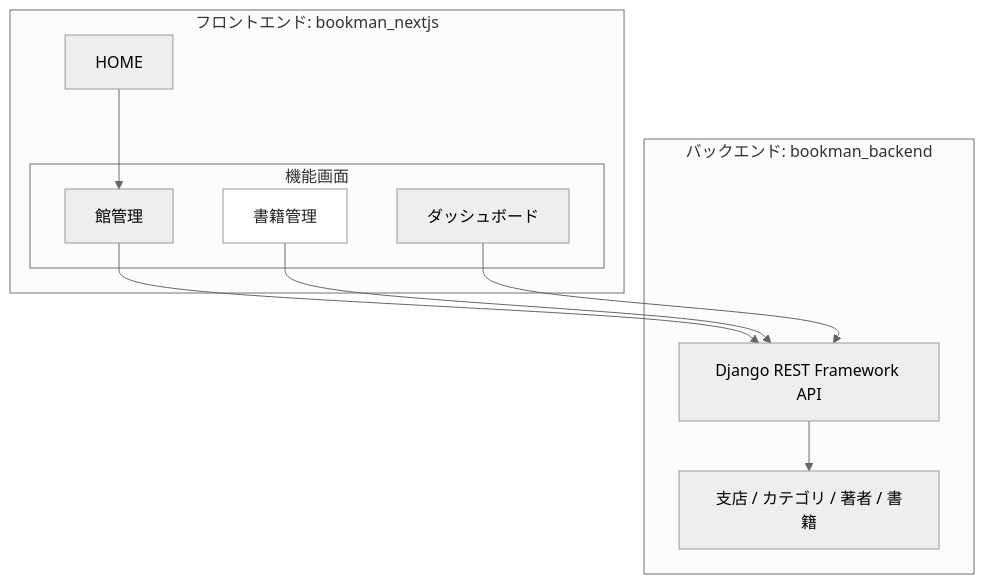
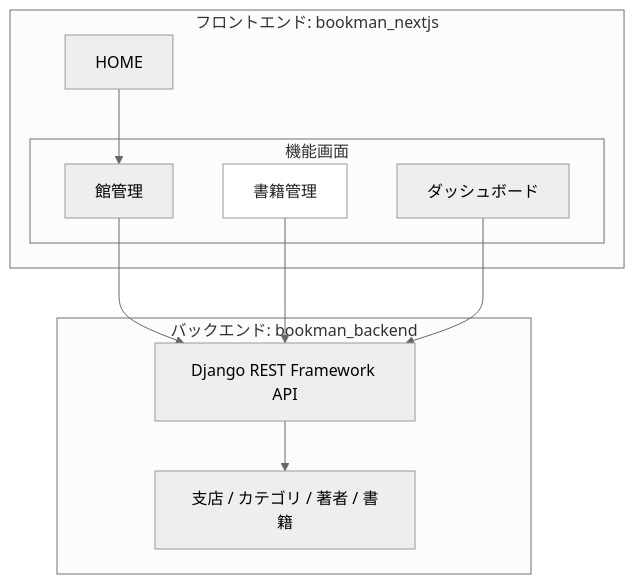
One commit to duri0214/portfolio changed the first of 2 diagrams in docs/qiita/bookman_drf_nextjs.md. Above: the diagram before and after it, drawn with Mermaid (neutral theme).

Commit message:
docs: remove backend diagram spacer node

````diff
--- a/docs/qiita/bookman_drf_nextjs.md
+++ b/docs/qiita/bookman_drf_nextjs.md
@@ -36,27 +36,24 @@
 ```mermaid
 graph TB
   subgraph frontend[フロントエンド: bookman_nextjs]
     home[HOME]
     subgraph screens[機能画面]
       branch[館管理]
       bookScreen[書籍管理]
       dashboard[ダッシュボード]
     end
   end
 
   subgraph backend[バックエンド: bookman_backend]
-    backendSpacer[" "]
     drf[Django REST Framework API]
     models[支店 / カテゴリ / 著者 / 書籍]
   end
 
   home --> branch
   branch --> drf
   bookScreen --> drf
   dashboard --> drf
-  backendSpacer ~~~ drf
   drf --> models
 
-  style backendSpacer fill:transparent,stroke:transparent,color:transparent
   style bookScreen fill:#ffffff,stroke:#999999,stroke-width:1px,color:#222222
 ```
````
